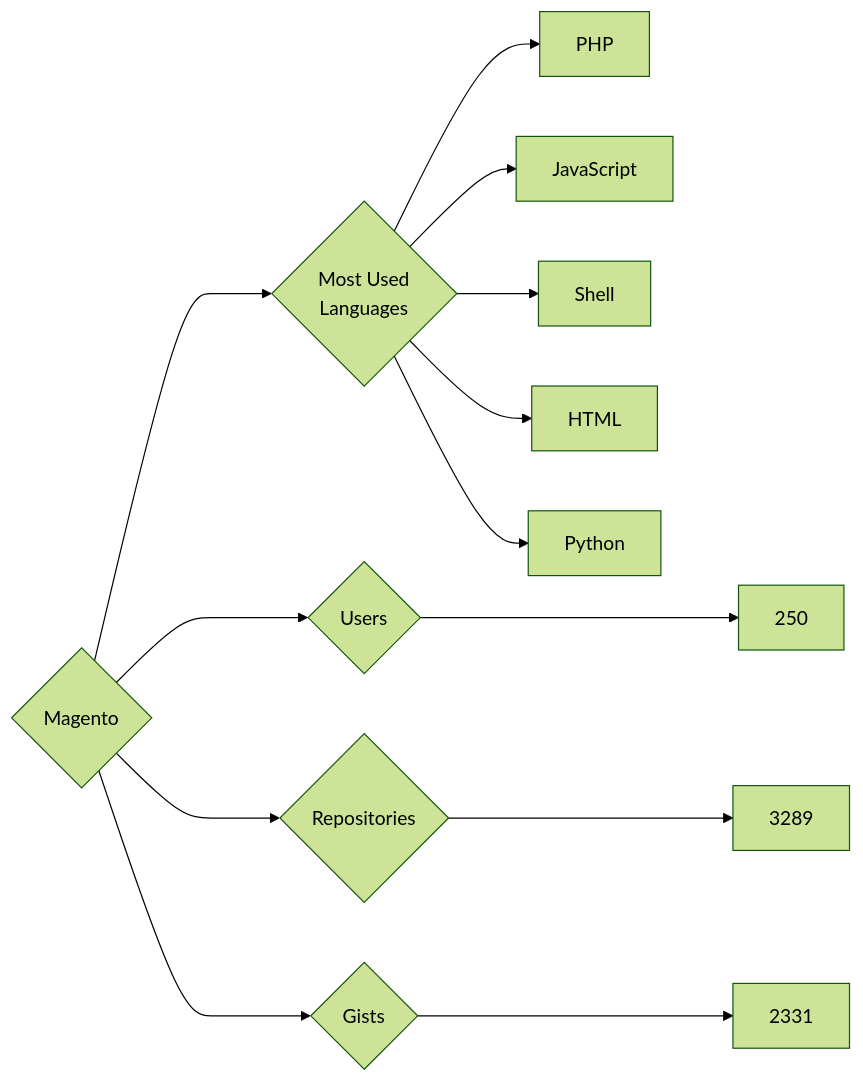
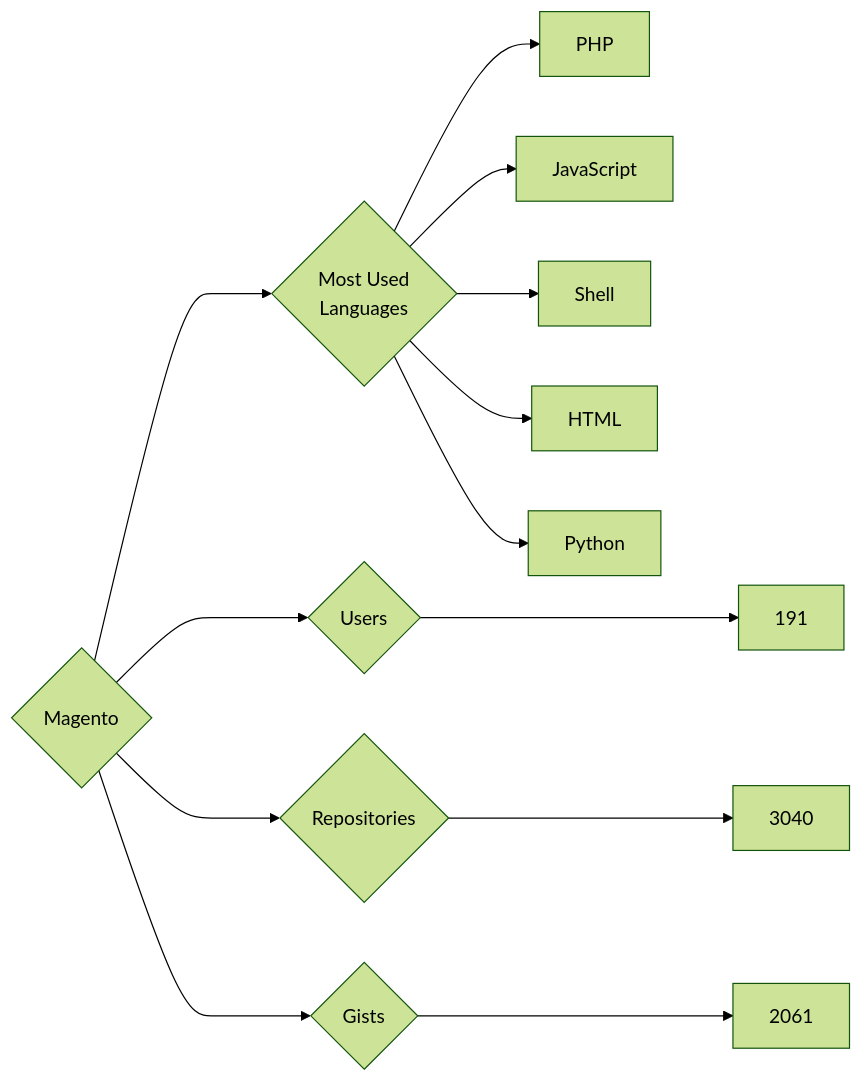
The diagram in targets/Magento/README.md (trickest/insiders), drawn with Mermaid (forest theme) before and after one commit. The commit also changed 787 other files, not shown here.

````diff
--- a/targets/Magento/README.md
+++ b/targets/Magento/README.md
@@ -3,13 +3,13 @@
 ```mermaid
 graph LR
 COMPANY_NAME{Magento}
-COMPANY_NAME ---> U{Users} ---> UN[250]
-COMPANY_NAME ---> R{Repositories} ---> RN[3289]
-COMPANY_NAME ---> G{Gists} ---> GN[2331]
+COMPANY_NAME ---> U{Users} ---> UN[191]
+COMPANY_NAME ---> R{Repositories} ---> RN[3040]
+COMPANY_NAME ---> G{Gists} ---> GN[2061]
 COMPANY_NAME ---> ML{Most Used<br>Languages}
 ML --> PHP[PHP]
 ML --> JavaScript[JavaScript]
 ML --> Shell[Shell]
 ML --> HTML[HTML]
 ML --> Python[Python]
 ```
````
